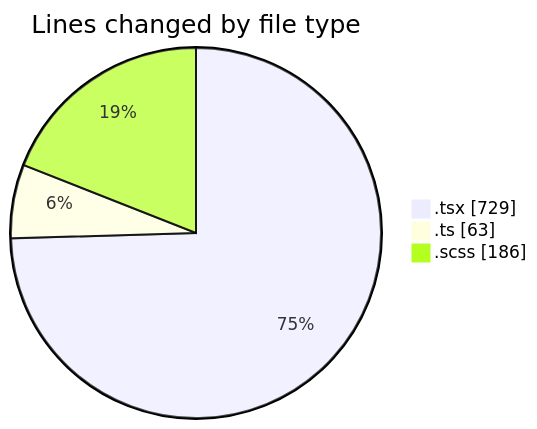
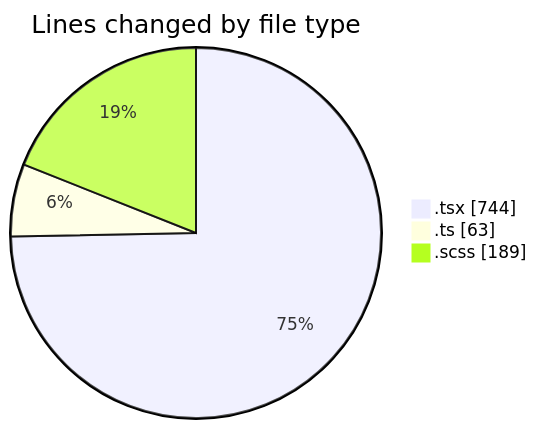
Before and after one commit to momahboobian/code-tracking: the first of 2 diagrams in 2025-04-02/cda/README.md, drawn with Mermaid. The commit also changed other lines of this file and 1 other file, not shown here.

````diff
--- a/2025-04-02/cda/README.md
+++ b/2025-04-02/cda/README.md
@@ -25,7 +25,7 @@
 ```mermaid
 pie showData
 title Lines changed by file type
-".tsx" : 729
+".tsx" : 744
 ".ts" : 63
-".scss" : 186
+".scss" : 189
 ```
````
